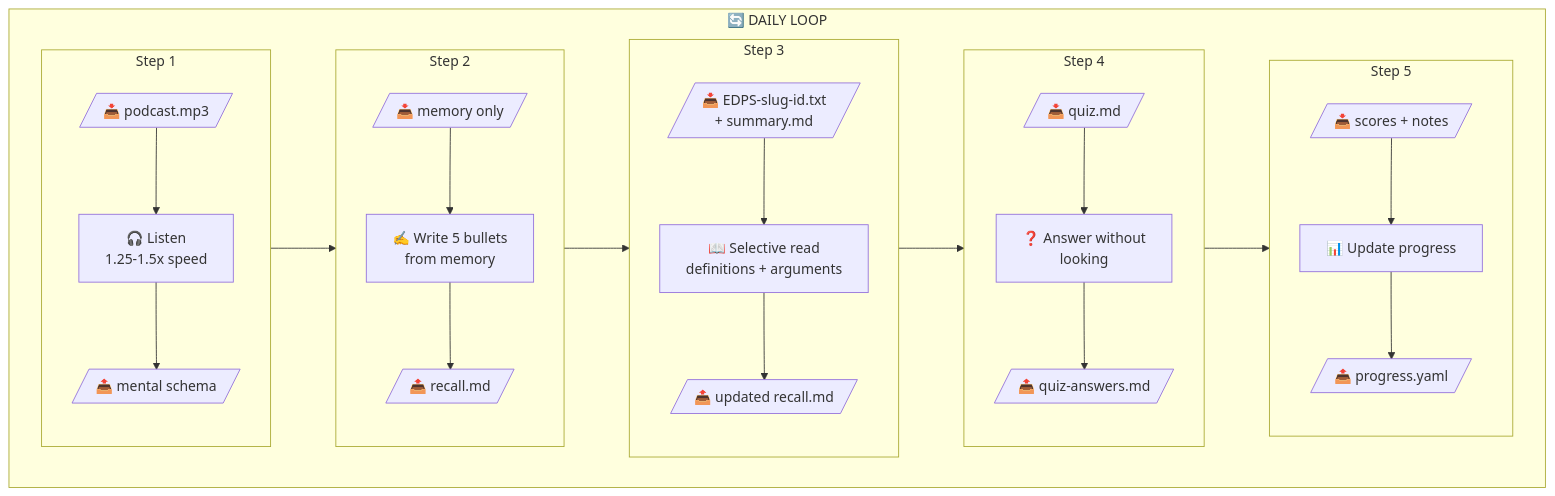
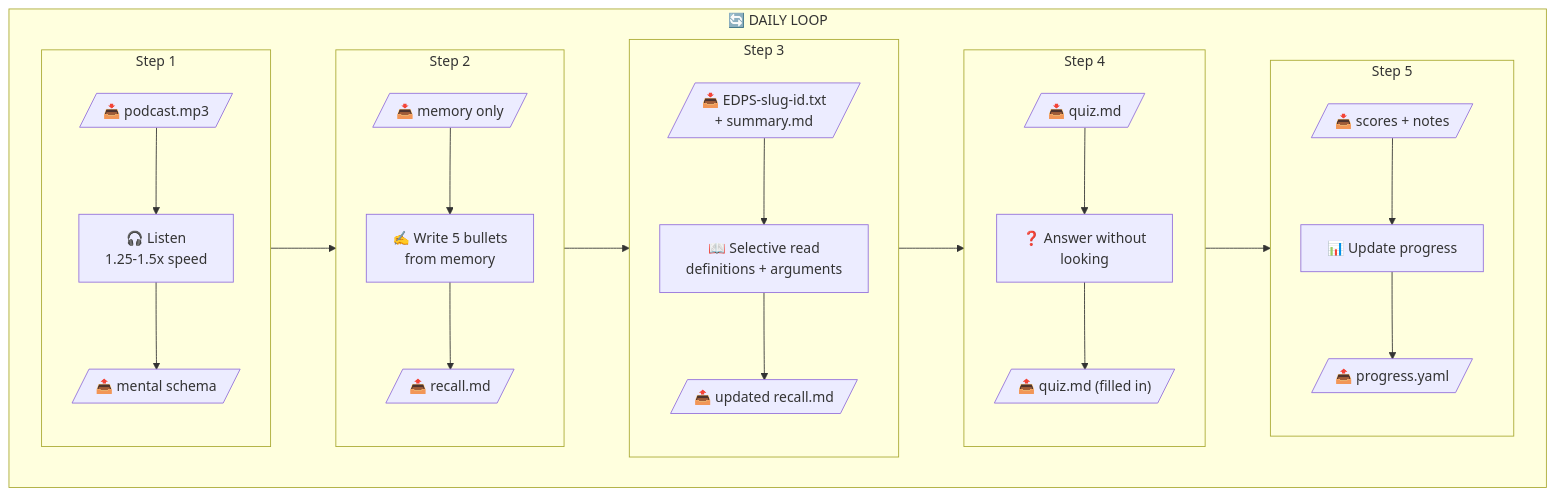
Before and after one commit to varunr89/edps-method: the second of 7 diagrams in docs/workflow-diagram.md, drawn with Mermaid. The commit also changed other lines of this file and 10 other files, not shown here.

First line of the commit message:
refactor: merge template command into generate, inline quiz answers

````diff
--- a/docs/workflow-diagram.md
+++ b/docs/workflow-diagram.md
@@ -337,43 +337,43 @@
 ```mermaid
 flowchart LR
     subgraph DAILY["🔄 DAILY LOOP"]
         direction LR
 
         subgraph LISTEN["Step 1"]
             L_IN[/"📥 podcast.mp3"/]
             L_ACT[🎧 Listen<br/>1.25-1.5x speed]
             L_OUT[/"📤 mental schema"/]
             L_IN --> L_ACT --> L_OUT
         end
 
         subgraph RECALL["Step 2"]
             R_IN[/"📥 memory only"/]
             R_ACT[✍️ Write 5 bullets<br/>from memory]
             R_OUT[/"📤 recall.md"/]
             R_IN --> R_ACT --> R_OUT
         end
 
         subgraph READ["Step 3"]
             RD_IN[/"📥 EDPS-slug-id.txt<br/>+ summary.md"/]
             RD_ACT[📖 Selective read<br/>definitions + arguments]
             RD_OUT[/"📤 updated recall.md"/]
             RD_IN --> RD_ACT --> RD_OUT
         end
 
         subgraph QUIZ["Step 4"]
             Q_IN[/"📥 quiz.md"/]
             Q_ACT[❓ Answer without<br/>looking]
-            Q_OUT[/"📤 quiz-answers.md"/]
+            Q_OUT[/"📤 quiz.md (filled in)"/]
             Q_IN --> Q_ACT --> Q_OUT
         end
 
         subgraph TRACK["Step 5"]
             P_IN[/"📥 scores + notes"/]
             P_ACT[📊 Update progress]
             P_OUT[/"📤 progress.yaml"/]
             P_IN --> P_ACT --> P_OUT
         end
 
         LISTEN --> RECALL --> READ --> QUIZ --> TRACK
     end
 ```
````
